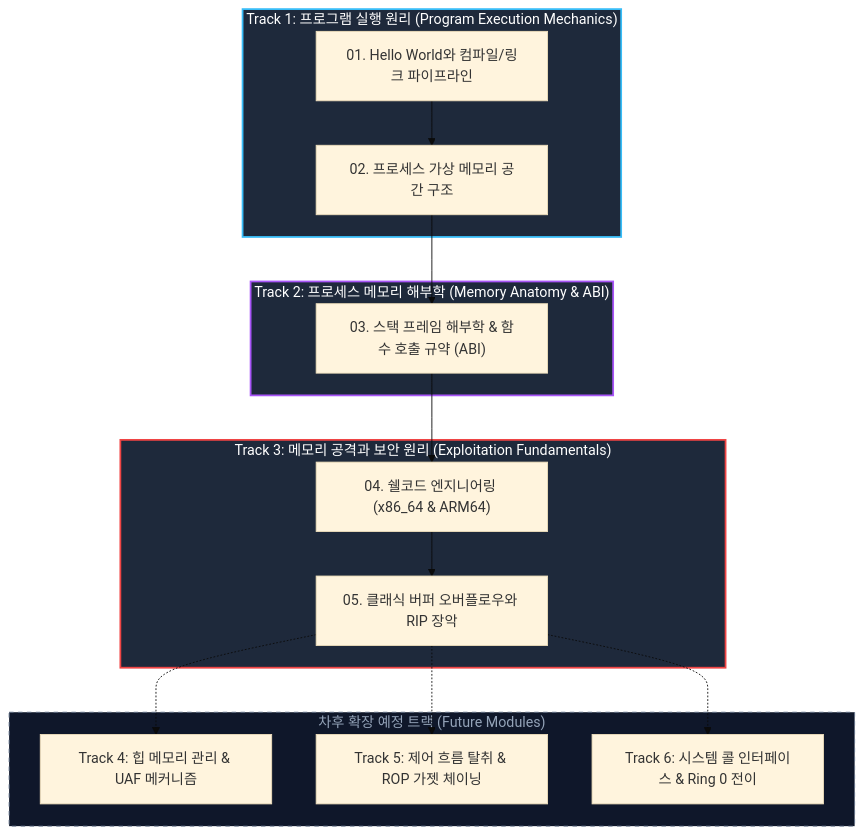
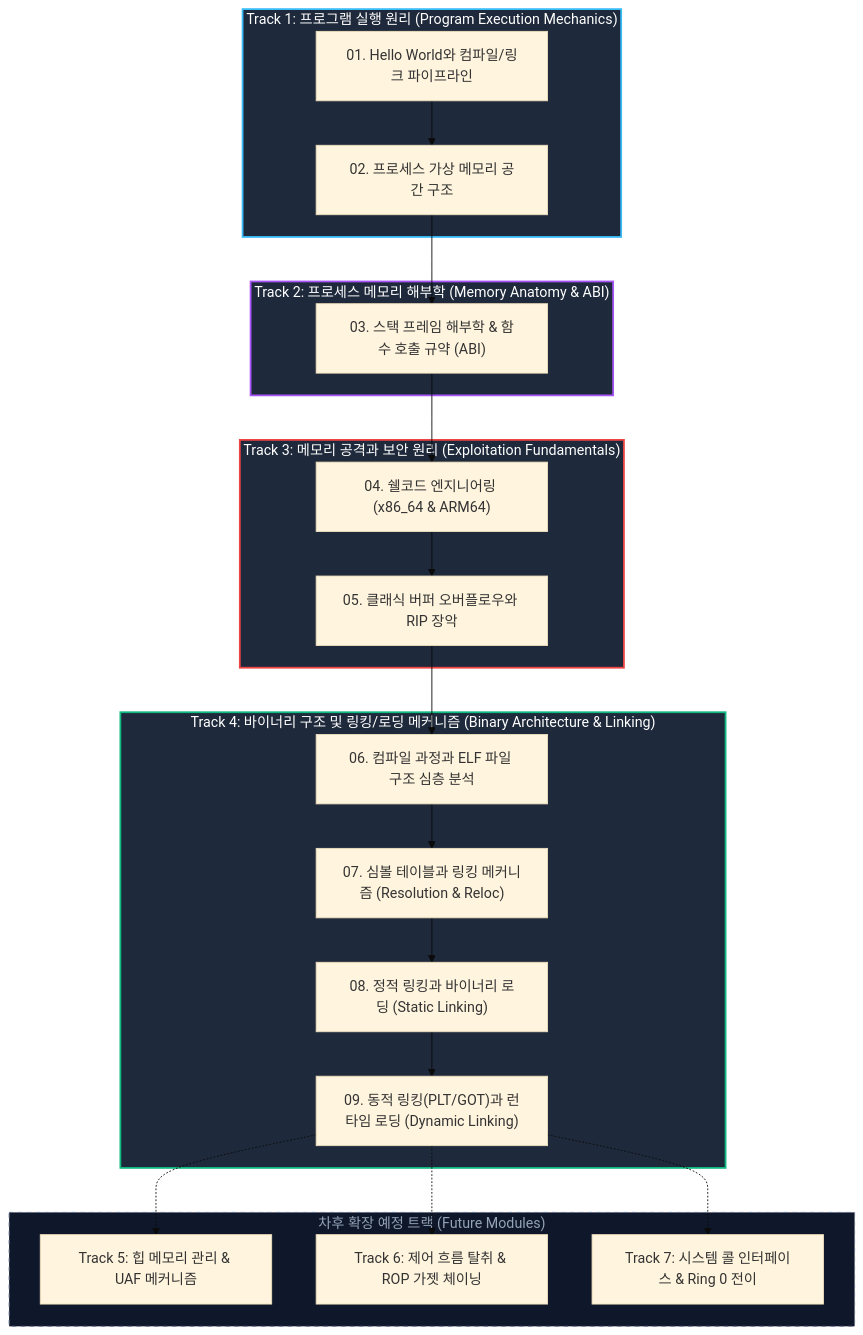
Before and after one commit to auking45/linux-kernel-hardening-lab: the diagram in docs/ko/principles/index.md, drawn with Mermaid (base theme). The commit also changed other lines of this file and 28 other files, not shown here.

Commit message:
feat(principles): add Track 4 binary architecture, symbols, static/dynamic linking and loading with interactive diagrams and labs

````diff
--- a/docs/ko/principles/index.md
+++ b/docs/ko/principles/index.md
@@ -20,26 +20,34 @@
 ```mermaid
 flowchart TD
     subgraph Track1 ["Track 1: 프로그램 실행 원리 (Program Execution Mechanics)"]
         T1A["01. Hello World와 컴파일/링크 파이프라인"] --> T1B["02. 프로세스 가상 메모리 공간 구조"]
     end
 
     subgraph Track2 ["Track 2: 프로세스 메모리 해부학 (Memory Anatomy & ABI)"]
         T1B --> T2A["03. 스택 프레임 해부학 & 함수 호출 규약 (ABI)"]
     end
 
     subgraph Track3 ["Track 3: 메모리 공격과 보안 원리 (Exploitation Fundamentals)"]
         T2A --> T3A["04. 쉘코드 엔지니어링 (x86_64 & ARM64)"]
         T3A --> T3B["05. 클래식 버퍼 오버플로우와 RIP 장악"]
     end
 
+    subgraph Track4 ["Track 4: 바이너리 구조 및 링킹/로딩 메커니즘 (Binary Architecture & Linking)"]
+        T3B --> T4A["06. 컴파일 과정과 ELF 파일 구조 심층 분석"]
+        T4A --> T4B["07. 심볼 테이블과 링킹 메커니즘 (Resolution & Reloc)"]
+        T4B --> T4C["08. 정적 링킹과 바이너리 로딩 (Static Linking)"]
+        T4C --> T4D["09. 동적 링킹(PLT/GOT)과 런타임 로딩 (Dynamic Linking)"]
+    end
+
     subgraph AdvancedTracks ["차후 확장 예정 트랙 (Future Modules)"]
-        T3B -.-> M1["Track 4: 힙 메모리 관리 & UAF 메커니즘"]
-        T3B -.-> M2["Track 5: 제어 흐름 탈취 & ROP 가젯 체이닝"]
-        T3B -.-> M3["Track 6: 시스템 콜 인터페이스 & Ring 0 전이"]
+        T4D -.-> M1["Track 5: 힙 메모리 관리 & UAF 메커니즘"]
+        T4D -.-> M2["Track 6: 제어 흐름 탈취 & ROP 가젯 체이닝"]
+        T4D -.-> M3["Track 7: 시스템 콜 인터페이스 & Ring 0 전이"]
     end
 
     style Track1 fill:#1e293b,stroke:#38bdf8,stroke-width:2px,color:#fff
     style Track2 fill:#1e293b,stroke:#a855f7,stroke-width:2px,color:#fff
     style Track3 fill:#1e293b,stroke:#ef4444,stroke-width:2px,color:#fff
+    style Track4 fill:#1e293b,stroke:#10b981,stroke-width:2px,color:#fff
     style AdvancedTracks fill:#0f172a,stroke:#64748b,stroke-width:1px,stroke-dasharray: 5 5,color:#94a3b8
 ```
````
